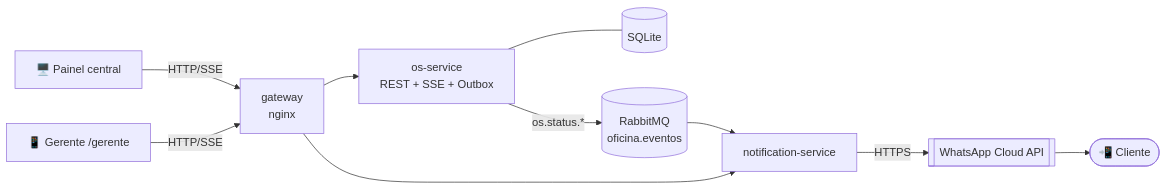
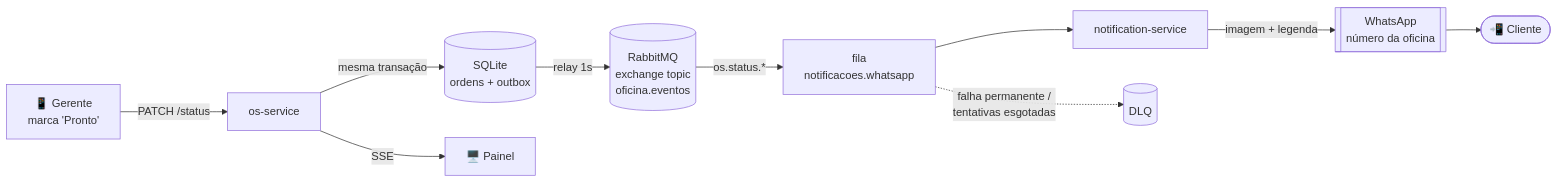
Before and after one commit to CarlosAlvesSantosJr/Gest-oDeVeiculos: the diagram in README.md, drawn with Mermaid. The commit also changed other lines of this file and 2 other files, not shown here.

Commit message:
Atualiza documentação: mensageria em destaque, WhatsApp da oficina, acesso pelo celular e testes

````diff
--- a/README.md
+++ b/README.md
@@ -33,11 +31,11 @@
 ```mermaid
 flowchart LR
-    TV[🖥️ Painel central] -- HTTP/SSE --> GW
-    CEL[📱 Gerente /gerente] -- HTTP/SSE --> GW
-    GW[gateway<br/>nginx] --> OS[os-service<br/>REST + SSE + Outbox]
-    GW --> NS
-    OS --- DB[(SQLite)]
-    OS -- os.status.* --> MQ[(RabbitMQ<br/>oficina.eventos)]
-    MQ --> NS[notification-service]
-    NS -- HTTPS --> WA[[WhatsApp Cloud API]] --> CLI([📲 Cliente])
+    CEL[📱 Gerente<br/>marca 'Pronto'] -->|PATCH /status| OS[os-service]
+    OS -->|mesma transação| DB[(SQLite<br/>ordens + outbox)]
+    OS -->|SSE| TV[🖥️ Painel]
+    DB -->|relay 1s| MQ[(RabbitMQ<br/>exchange topic<br/>oficina.eventos)]
+    MQ -->|os.status.*| Q[fila<br/>notificacoes.whatsapp]
+    Q --> NS[notification-service]
+    NS -->|imagem + legenda| WA[[WhatsApp<br/>número da oficina]] --> CLI([📲 Cliente])
+    Q -. falha permanente /<br/>tentativas esgotadas .-> DLQ[(DLQ)]
 ```
````
